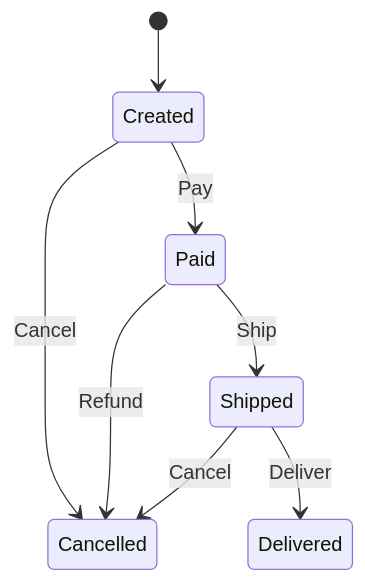
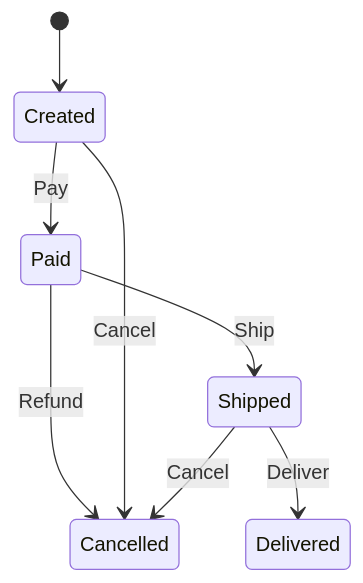
The diagram in docs/order_state_machine.mermaid (kookyleo/yasm), drawn with Mermaid before and after one commit. The commit also changed other lines of this file and 3 other files, not shown here.

```diff
--- a/docs/order_state_machine.mermaid
+++ b/docs/order_state_machine.mermaid
@@ -1,8 +1,8 @@
 stateDiagram-v2
     [*] --> Created
+    Paid --> Shipped : Ship
+    Paid --> Cancelled : Refund
+    Created --> Cancelled : Cancel
+    Shipped --> Delivered : Deliver
+    Created --> Paid : Pay
     Shipped --> Cancelled : Cancel
-    Created --> Cancelled : Cancel
-    Created --> Paid : Pay
-    Paid --> Cancelled : Refund
-    Paid --> Shipped : Ship
-    Shipped --> Delivered : Deliver
```
